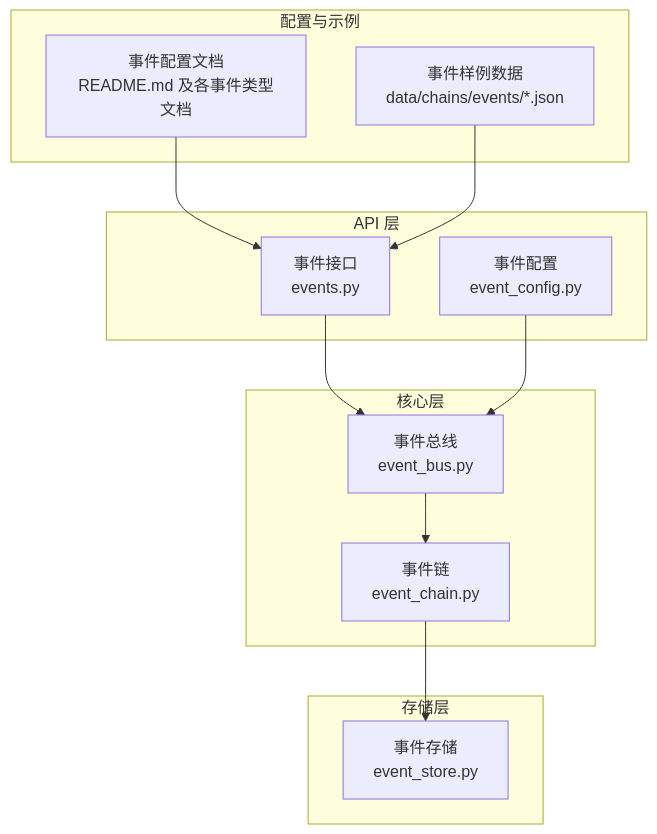
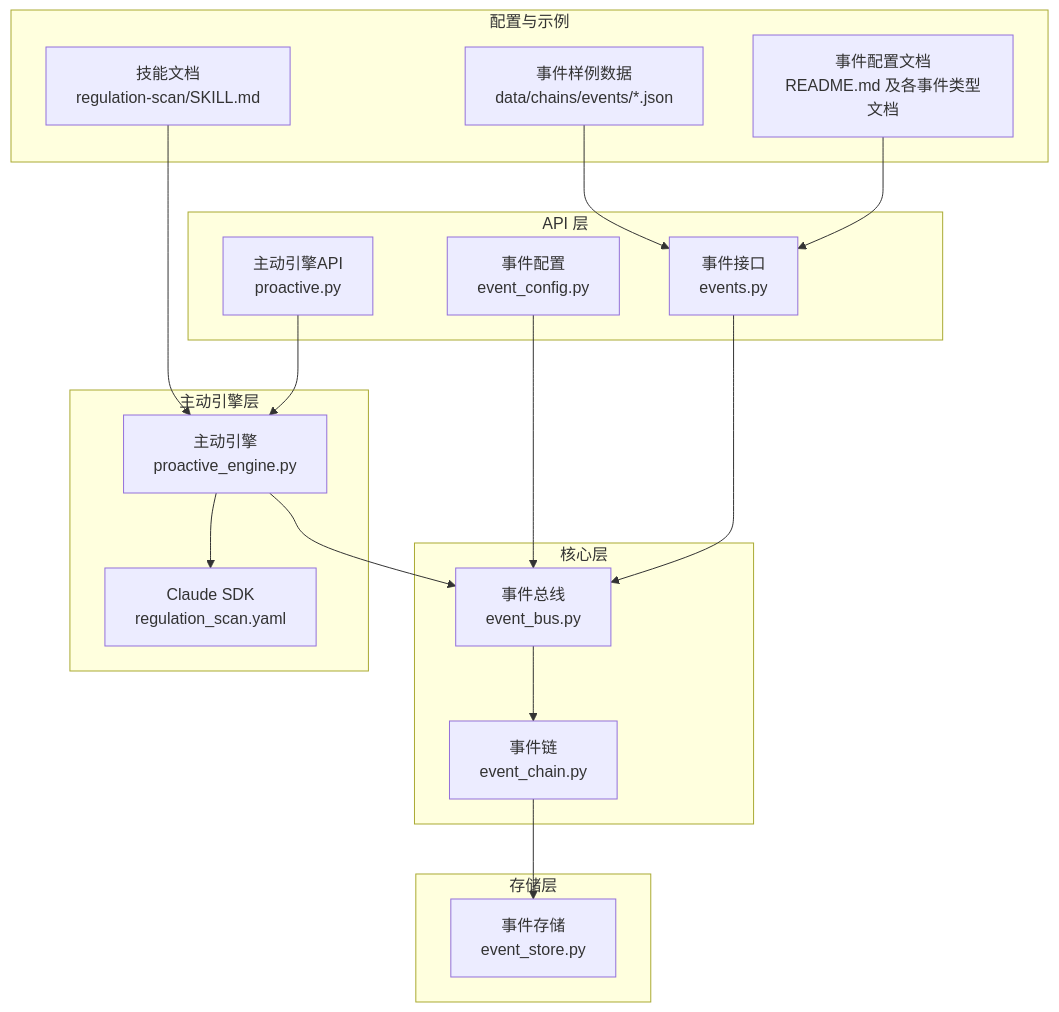
One commit to angledick/- changed the first of 9 diagrams in .qoder/repowiki/zh/content/系统架构/事件驱动系统/事件驱动系统.md. Above: the diagram before and after it, drawn with Mermaid. The commit also changed other lines of this file and 770 other files, not shown here.

````diff
--- a/.qoder/repowiki/zh/content/系统架构/事件驱动系统/事件驱动系统.md
+++ b/.qoder/repowiki/zh/content/系统架构/事件驱动系统/事件驱动系统.md
@@ -43,24 +57,34 @@
 ```mermaid
 graph TB
 subgraph "核心层"
 EB["事件总线<br/>event_bus.py"]
 EC["事件链<br/>event_chain.py"]
 end
 subgraph "存储层"
 ES["事件存储<br/>event_store.py"]
 end
 subgraph "API 层"
 API["事件接口<br/>events.py"]
 CFG["事件配置<br/>event_config.py"]
+PROACTIVE_API["主动引擎API<br/>proactive.py"]
+end
+subgraph "主动引擎层"
+PE["主动引擎<br/>proactive_engine.py"]
+SDK["Claude SDK<br/>regulation_scan.yaml"]
 end
 subgraph "配置与示例"
 DOC["事件配置文档<br/>README.md 及各事件类型文档"]
+SKILL["技能文档<br/>regulation-scan/SKILL.md"]
 DATA["事件样例数据<br/>data/chains/events/*.json"]
 end
 API --> EB
 CFG --> EB
+PROACTIVE_API --> PE
+PE --> SDK
+PE --> EB
 EB --> EC
 EC --> ES
 DOC --> API
+SKILL --> PE
 DATA --> API
 ```
````
